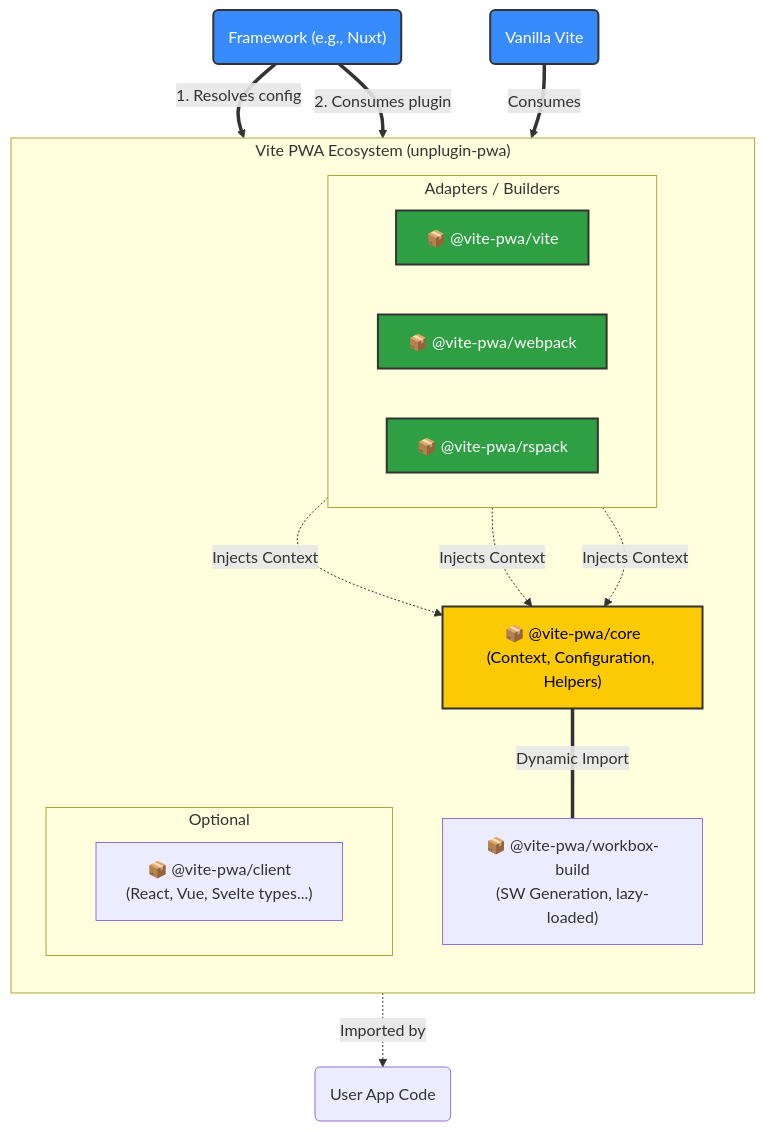
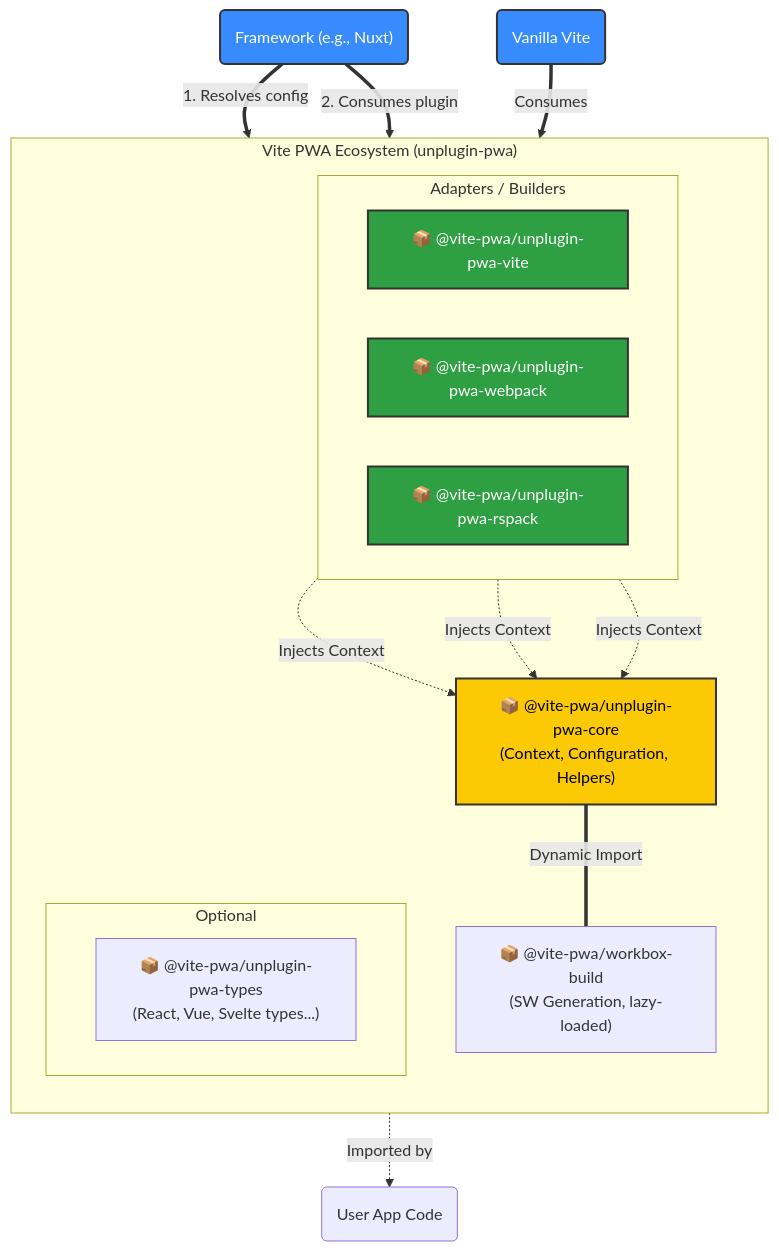
The first of 2 diagrams in README.md (vite-pwa/unplugin-pwa), drawn with Mermaid before and after one commit. The commit also changed other lines of this file, not shown here.

Commit message:
docs: check large names at mermaid

````diff
--- a/README.md
+++ b/README.md
@@ -17,42 +17,42 @@
 ```mermaid
 graph TD
     subgraph Monorepo ["Vite PWA Ecosystem (unplugin-pwa)"]
         direction TB
 
-        Core["📦 @vite-pwa/core<br/>(Context, Configuration, Helpers)"]
+        Core["📦 @vite-pwa/unplugin-pwa-core<br/>(Context, Configuration, Helpers)"]
         WB["📦 @vite-pwa/workbox-build<br/>(SW Generation, lazy-loaded)"]
 
         subgraph Builders ["Adapters / Builders"]
             direction LR
-            Vite["📦 @vite-pwa/vite"]
-            Webpack["📦 @vite-pwa/webpack"]
-            Rspack["📦 @vite-pwa/rspack"]
+            Vite["📦 @vite-pwa/unplugin-pwa-vite"]
+            Webpack["📦 @vite-pwa/unplugin-pwa-webpack"]
+            Rspack["📦 @vite-pwa/unplugin-pwa-rspack"]
         end
 
         subgraph Extras ["Optional"]
             direction LR
-            Client["📦 @vite-pwa/client<br/>(React, Vue, Svelte types...)"]
+            Client["📦 @vite-pwa/unplugin-pwa-types<br/>(React, Vue, Svelte types...)"]
         end
 
     %% Internal Relations
         Vite -. "Injects Context" .-> Core
         Webpack -. "Injects Context" .-> Core
         Rspack -. "Injects Context" .-> Core
 
         Core == "Dynamic Import" === WB
     end
 
 %% External Consumers
     Nuxt("Framework (e.g., Nuxt)") ==>|1. Resolves config| Core
     Nuxt ==>|2. Consumes plugin| Vite
     Vanilla("Vanilla Vite") ==>|Consumes| Vite
     Client -. "Imported by" .-> App("User App Code")
 
     classDef core fill:#fbca04,stroke:#333,stroke-width:2px,color:black;
     classDef builder fill:#2ea043,stroke:#333,stroke-width:2px,color:white;
     classDef framework fill:#388bfd,stroke:#333,stroke-width:2px,color:white;
 
     class Core core;
     class Vite,Webpack,Rspack builder;
     class Nuxt,Vanilla framework;
 ```
````
